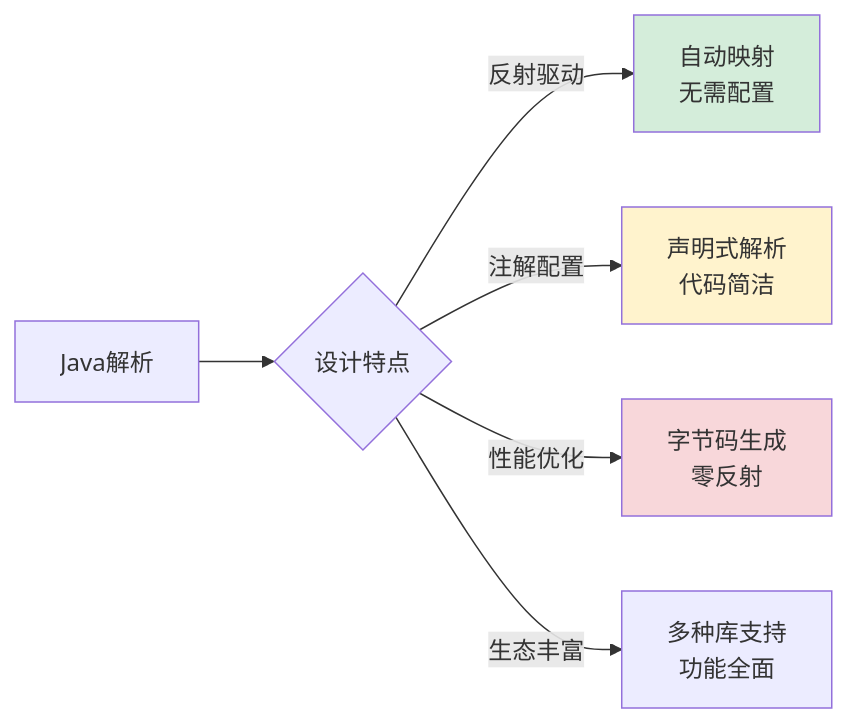
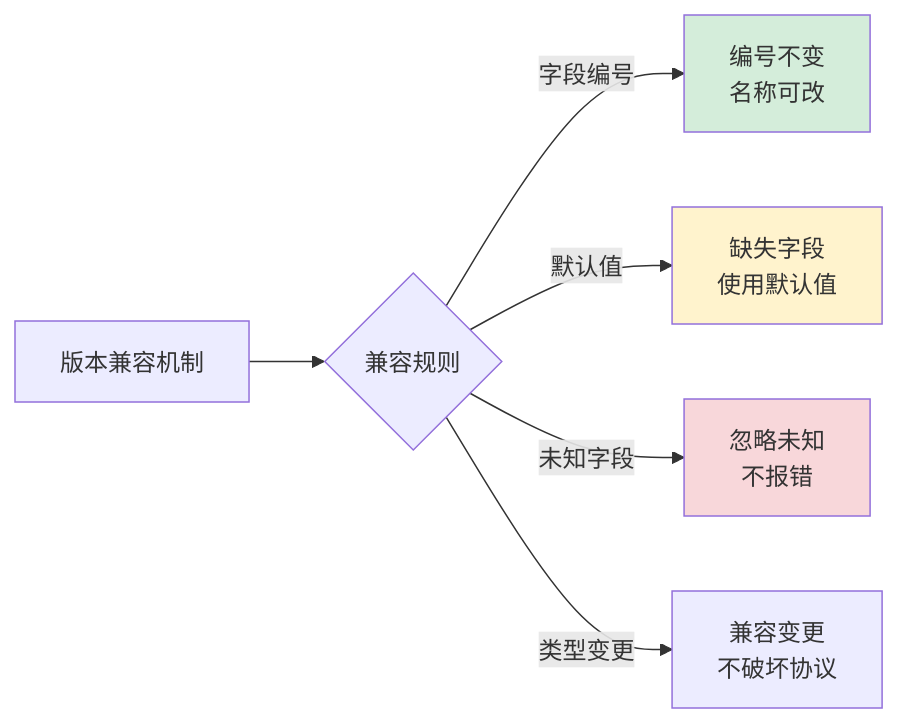
Diagram 23 of 31 in 00.通用技术的提升/02.程序编程原理/06.数据解析设计思想.md (chongyang211/YCBookBlog), drawn with Mermaid before and after one commit. The commit also changed other lines of this file and 5 other files, not shown here.

````diff
--- a/00.通用技术的提升/02.程序编程原理/06.数据解析设计思想.md
+++ b/00.通用技术的提升/02.程序编程原理/06.数据解析设计思想.md
@@ -1091,12 +2300,12 @@
 ```mermaid
 graph LR
-    A[Java解析] --> B{设计特点}
-    B -->|反射驱动| C[自动映射<br/>无需配置]
-    B -->|注解配置| D[声明式解析<br/>代码简洁]
-    B -->|性能优化| E[字节码生成<br/>零反射]
-    B -->|生态丰富| F[多种库支持<br/>功能全面]
+    A[版本兼容机制] --> B{兼容规则}
+    B -->|字段编号| C[编号不变<br/>名称可改]
+    B -->|默认值| D[缺失字段<br/>使用默认值]
+    B -->|未知字段| E[忽略未知<br/>不报错]
+    B -->|类型变更| F[兼容变更<br/>不破坏协议]
     
     style C fill:#d4edda
     style D fill:#fff3cd
     style E fill:#f8d7da
 ```
````
